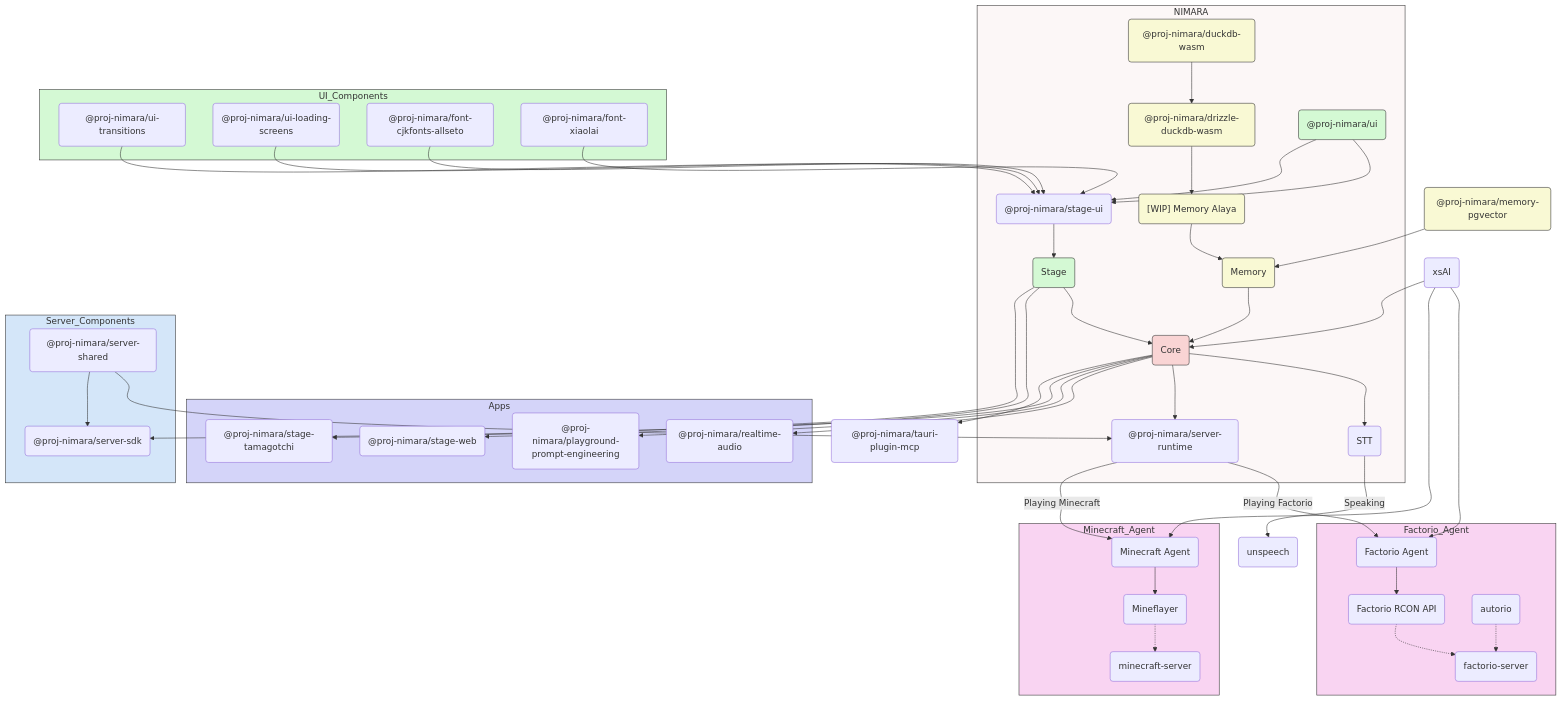
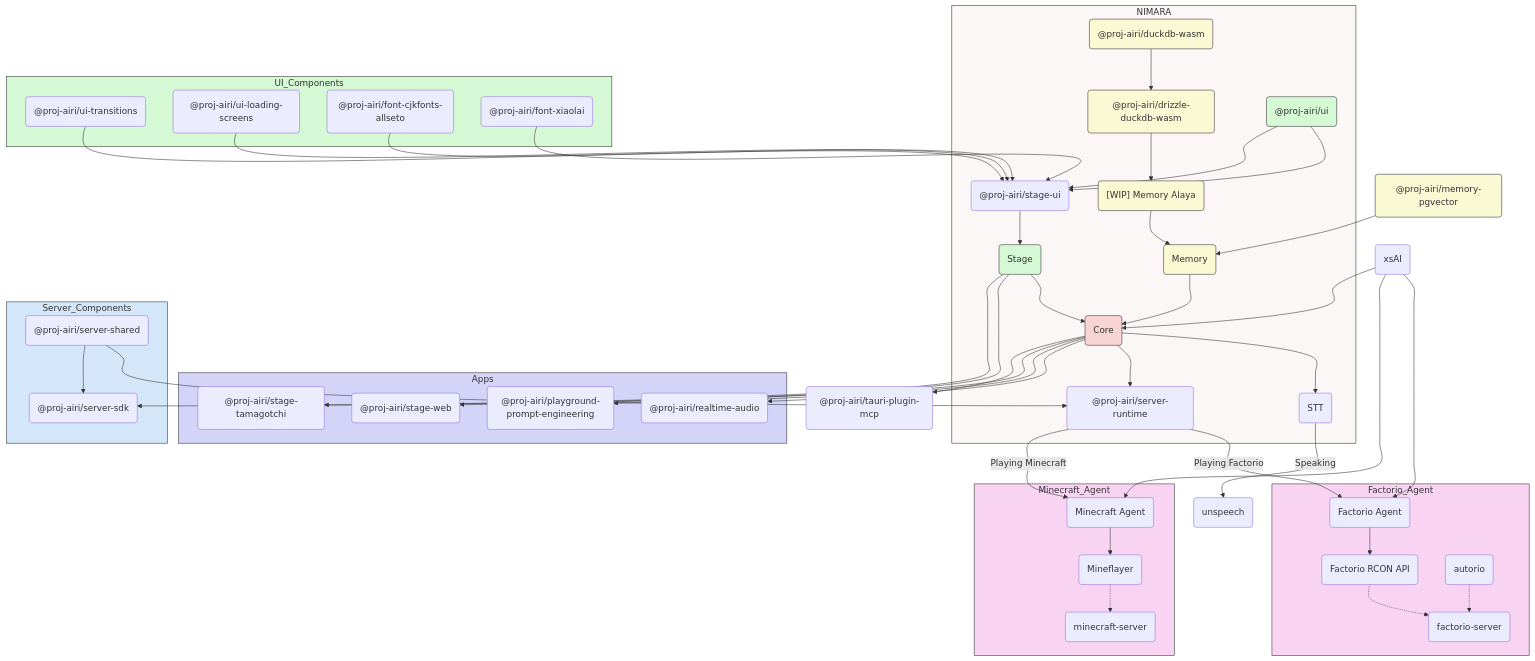
The diagram in docs/README.fr.md (RandyHerath/nimara), drawn with Mermaid before and after one commit. The commit also changed other lines of this file and 241 other files, not shown here.

```diff
--- a/docs/README.fr.md
+++ b/docs/README.fr.md
@@ -237,15 +237,15 @@
 flowchart TD
   Core("Core")
   Unspeech("unspeech")
-  DBDriver("@proj-nimara/drizzle-duckdb-wasm")
+  DBDriver("@proj-airi/drizzle-duckdb-wasm")
   MemoryDriver("[WIP] Memory Alaya")
-  DB1("@proj-nimara/duckdb-wasm")
-  SVRT("@proj-nimara/server-runtime")
+  DB1("@proj-airi/duckdb-wasm")
+  SVRT("@proj-airi/server-runtime")
   Memory("Memory")
   STT("STT")
   Stage("Stage")
-  StageUI("@proj-nimara/stage-ui")
-  UI("@proj-nimara/ui")
+  StageUI("@proj-airi/stage-ui")
+  UI("@proj-airi/ui")
 
   subgraph NIMARA
     DB1 --> DBDriver --> MemoryDriver --> Memory --> Core
@@ -256,22 +256,22 @@
 
   subgraph UI_Components
     UI --> StageUI
-    UITransitions("@proj-nimara/ui-transitions") --> StageUI
-    UILoadingScreens("@proj-nimara/ui-loading-screens") --> StageUI
-    FontCJK("@proj-nimara/font-cjkfonts-allseto") --> StageUI
-    FontXiaolai("@proj-nimara/font-xiaolai") --> StageUI
+    UITransitions("@proj-airi/ui-transitions") --> StageUI
+    UILoadingScreens("@proj-airi/ui-loading-screens") --> StageUI
+    FontCJK("@proj-airi/font-cjkfonts-allseto") --> StageUI
+    FontXiaolai("@proj-airi/font-xiaolai") --> StageUI
   end
 
   subgraph Apps
-    Stage --> StageWeb("@proj-nimara/stage-web")
-    Stage --> StageTamagotchi("@proj-nimara/stage-tamagotchi")
-    Core --> RealtimeAudio("@proj-nimara/realtime-audio")
-    Core --> PromptEngineering("@proj-nimara/playground-prompt-engineering")
+    Stage --> StageWeb("@proj-airi/stage-web")
+    Stage --> StageTamagotchi("@proj-airi/stage-tamagotchi")
+    Core --> RealtimeAudio("@proj-airi/realtime-audio")
+    Core --> PromptEngineering("@proj-airi/playground-prompt-engineering")
   end
 
   subgraph Server_Components
-    Core --> ServerSDK("@proj-nimara/server-sdk")
-    ServerShared("@proj-nimara/server-shared") --> SVRT
+    Core --> ServerSDK("@proj-airi/server-sdk")
+    ServerShared("@proj-airi/server-shared") --> SVRT
     ServerShared --> ServerSDK
   end
 
@@ -301,8 +301,8 @@
   XSAI --> F_AGENT
   XSAI --> MC_AGENT
 
-  Core --> TauriMCP("@proj-nimara/tauri-plugin-mcp")
-  Memory_PGVector("@proj-nimara/memory-pgvector") --> Memory
+  Core --> TauriMCP("@proj-airi/tauri-plugin-mcp")
+  Memory_PGVector("@proj-airi/memory-pgvector") --> Memory
 
   style Core fill:#f9d4d4,stroke:#333,stroke-width:1px
   style NIMARA fill:#fcf7f7,stroke:#333,stroke-width:1px
```
